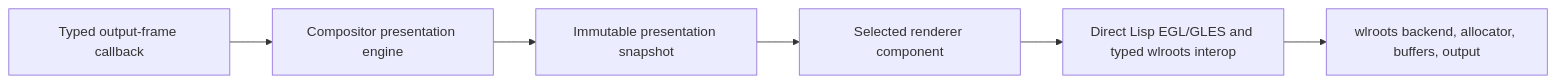
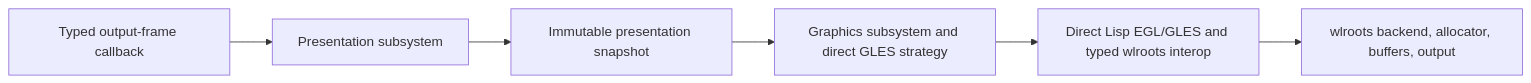
One commit to SeungheonOh/ataxia changed the fourth of 7 diagrams in docs/WLROOTS-COMPOSITOR-INTERFACE.md. Above: the diagram before and after it, drawn with Mermaid. The commit also changed other lines of this file and 3 other files, not shown here.

````diff
--- a/docs/WLROOTS-COMPOSITOR-INTERFACE.md
+++ b/docs/WLROOTS-COMPOSITOR-INTERFACE.md
@@ -834,15 +841,15 @@
 ```mermaid
 flowchart LR
     FRAME[Typed output-frame callback]
-    COORD[Compositor presentation engine]
+    COORD[Presentation subsystem]
     SNAP[Immutable presentation snapshot]
-    RENDER[Selected renderer component]
+    RENDER[Graphics subsystem and direct GLES strategy]
     WLRAPI[Direct Lisp EGL/GLES and typed wlroots interop]
     WLR[wlroots backend, allocator, buffers, output]
 
     FRAME --> COORD
     COORD --> SNAP
     SNAP --> RENDER
     RENDER --> WLRAPI
     WLRAPI --> WLR
 ```
````
